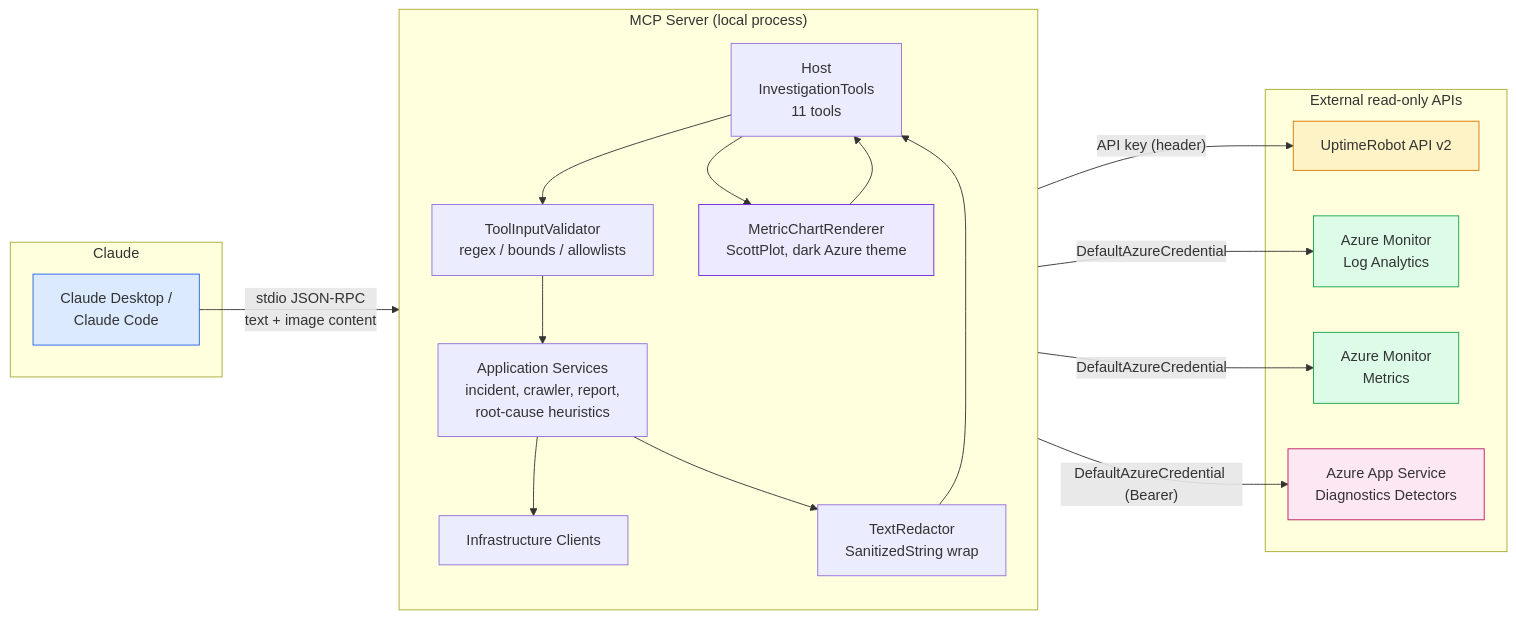
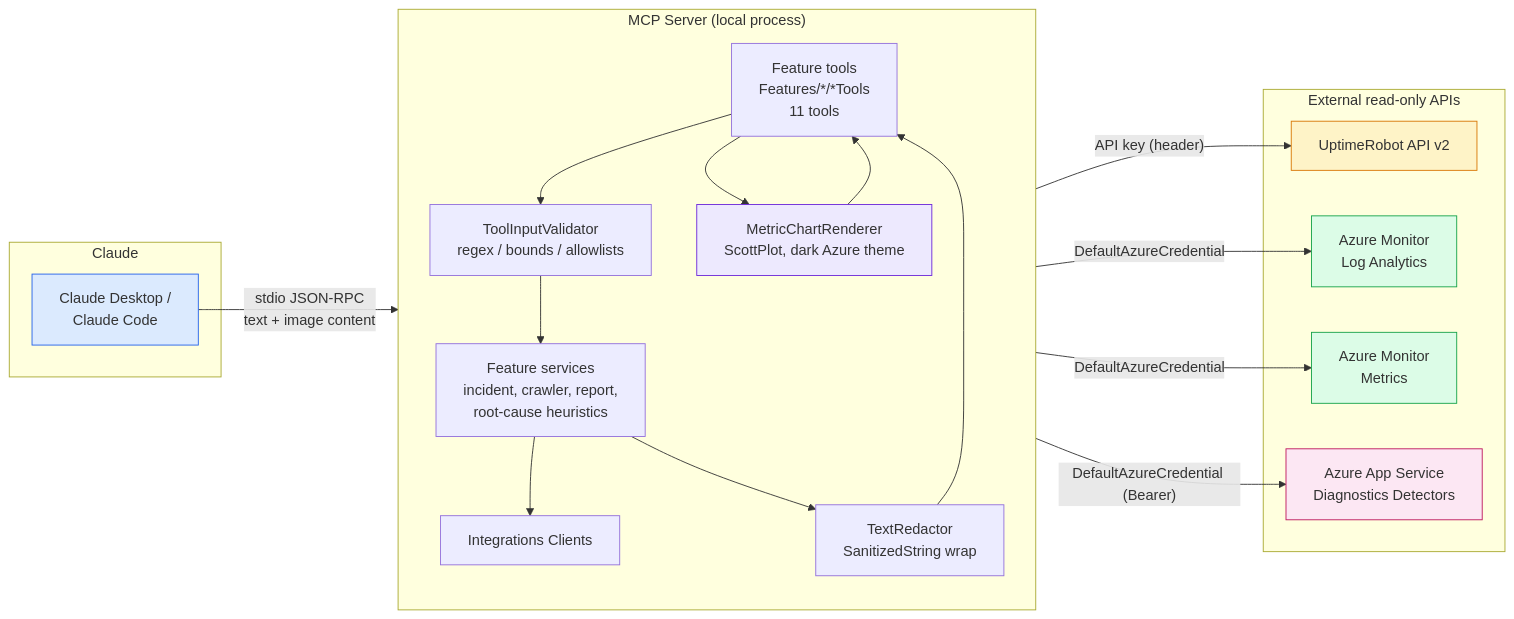
Before and after one commit to lexferia/AzureIncidentInvestigator: the first of 3 diagrams in README.md, drawn with Mermaid. The commit also changed other lines of this file and 1 other file, not shown here.

````diff
--- a/README.md
+++ b/README.md
@@ -28,37 +28,37 @@
 ```mermaid
 flowchart LR
     subgraph Claude
         C[Claude Desktop /<br/>Claude Code]
     end
 
     subgraph "MCP Server (local process)"
         direction TB
-        H[Host<br/>InvestigationTools<br/>11 tools] --> V[ToolInputValidator<br/>regex / bounds / allowlists]
-        V --> A[Application Services<br/>incident, crawler, report,<br/>root-cause heuristics]
-        A --> I[Infrastructure Clients]
+        H[Feature tools<br/>Features/*/*Tools<br/>11 tools] --> V[ToolInputValidator<br/>regex / bounds / allowlists]
+        V --> A[Feature services<br/>incident, crawler, report,<br/>root-cause heuristics]
+        A --> I[Integrations Clients]
         A --> R[TextRedactor<br/>SanitizedString wrap]
         R --> H
         H --> CHRT[MetricChartRenderer<br/>ScottPlot, dark Azure theme]
         CHRT --> H
     end
 
     subgraph "External read-only APIs"
         UR[UptimeRobot API v2]
         LAW[Azure Monitor<br/>Log Analytics]
         AM[Azure Monitor<br/>Metrics]
         DET[Azure App Service<br/>Diagnostics Detectors]
     end
 
     C -- stdio JSON-RPC<br/>text + image content --> H
     I -- "API key (header)" --> UR
     I -- "DefaultAzureCredential" --> LAW
     I -- "DefaultAzureCredential" --> AM
     I -- "DefaultAzureCredential (Bearer)" --> DET
 
     style C fill:#dbeafe,stroke:#2563eb
     style UR fill:#fef3c7,stroke:#d97706
     style LAW fill:#dcfce7,stroke:#16a34a
     style AM fill:#dcfce7,stroke:#16a34a
     style DET fill:#fce7f3,stroke:#be185d
     style CHRT fill:#ede9fe,stroke:#6d28d9
 ```
````
